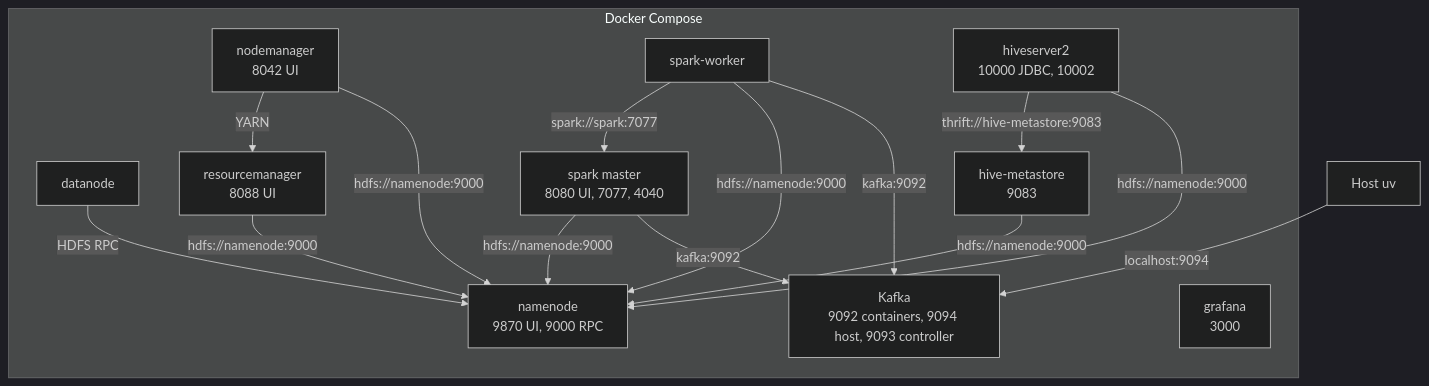
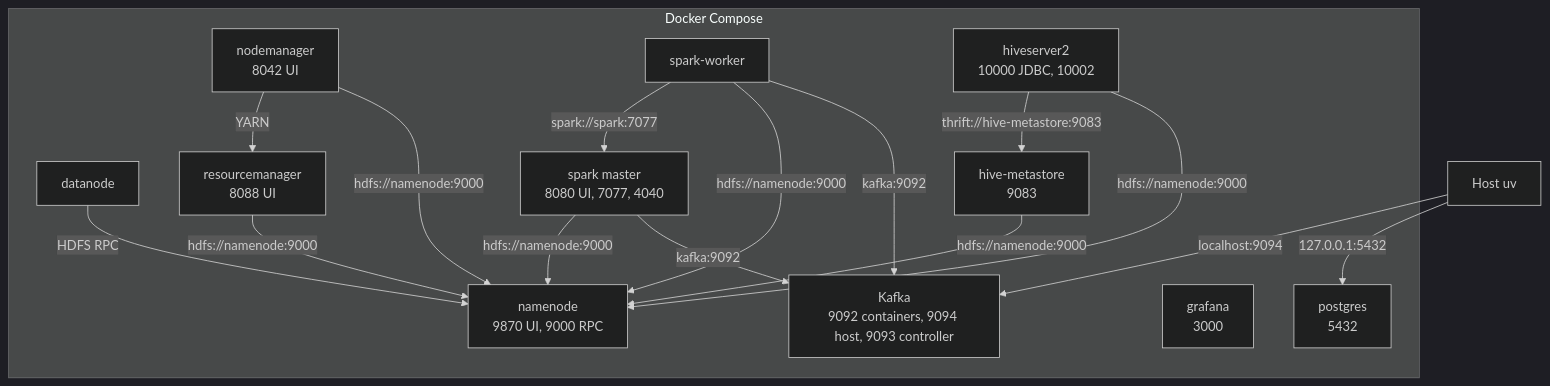
One commit to DarkPhoenix645/flowstate changed the diagram in docs/dev-modes.md. Above: the diagram before and after it, drawn with Mermaid (dark theme). The commit also changed other lines of this file and 38 other files, not shown here.

````diff
--- a/docs/dev-modes.md
+++ b/docs/dev-modes.md
@@ -29,31 +29,33 @@
 ```mermaid
 flowchart TB
   host["Host uv"]
 
   subgraph compose [Docker Compose]
     nn["namenode\n9870 UI, 9000 RPC"]
     dn["datanode"]
     rm["resourcemanager\n8088 UI"]
     nm["nodemanager\n8042 UI"]
     kafka["Kafka\n9092 containers, 9094 host, 9093 controller"]
     sm["spark master\n8080 UI, 7077, 4040"]
     sw["spark-worker"]
     hm["hive-metastore\n9083"]
     hs["hiveserver2\n10000 JDBC, 10002"]
     gf["grafana\n3000"]
+    pg["postgres\n5432"]
   end
 
   host -->|"localhost:9094"| kafka
+  host -->|"127.0.0.1:5432"| pg
   dn -->|"HDFS RPC"| nn
   nm -->|"YARN"| rm
   rm -->|"hdfs://namenode:9000"| nn
   nm -->|"hdfs://namenode:9000"| nn
   sw -->|"spark://spark:7077"| sm
   sm -->|"hdfs://namenode:9000"| nn
   sw -->|"hdfs://namenode:9000"| nn
   sm -->|"kafka:9092"| kafka
   sw -->|"kafka:9092"| kafka
   hs -->|"thrift://hive-metastore:9083"| hm
   hm -->|"hdfs://namenode:9000"| nn
   hs -->|"hdfs://namenode:9000"| nn
 ```
````
